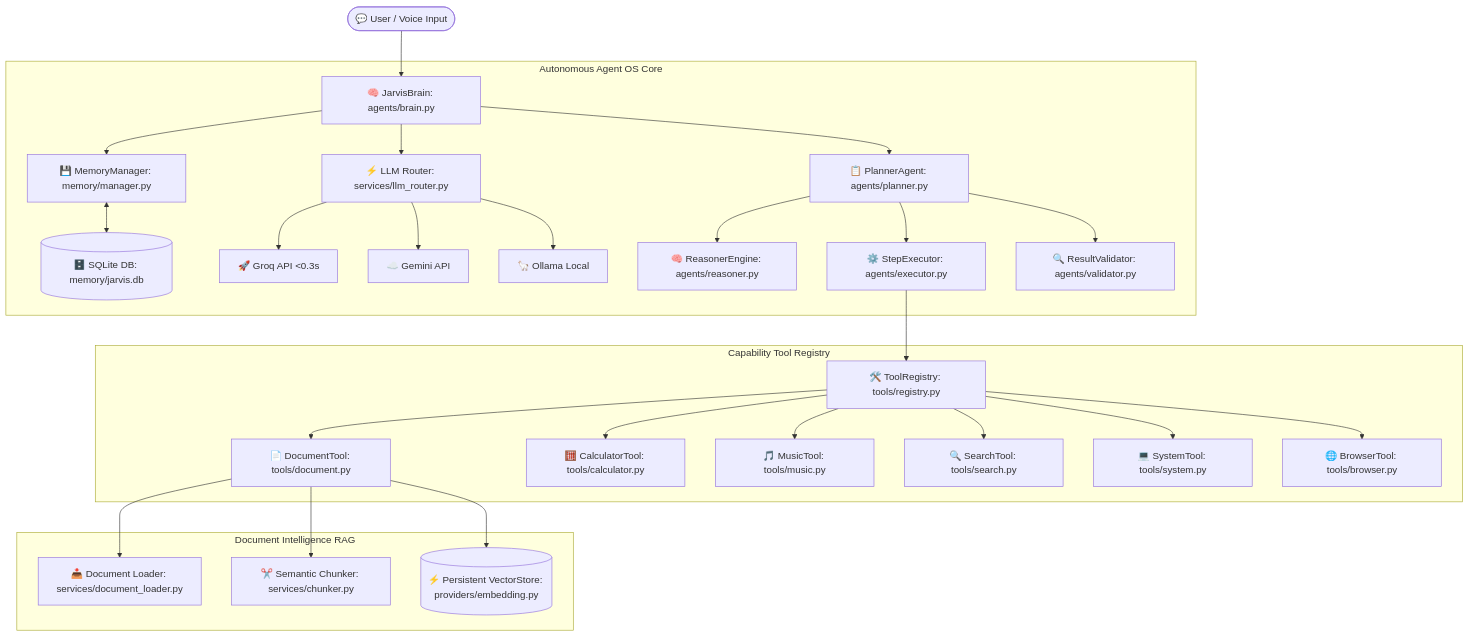
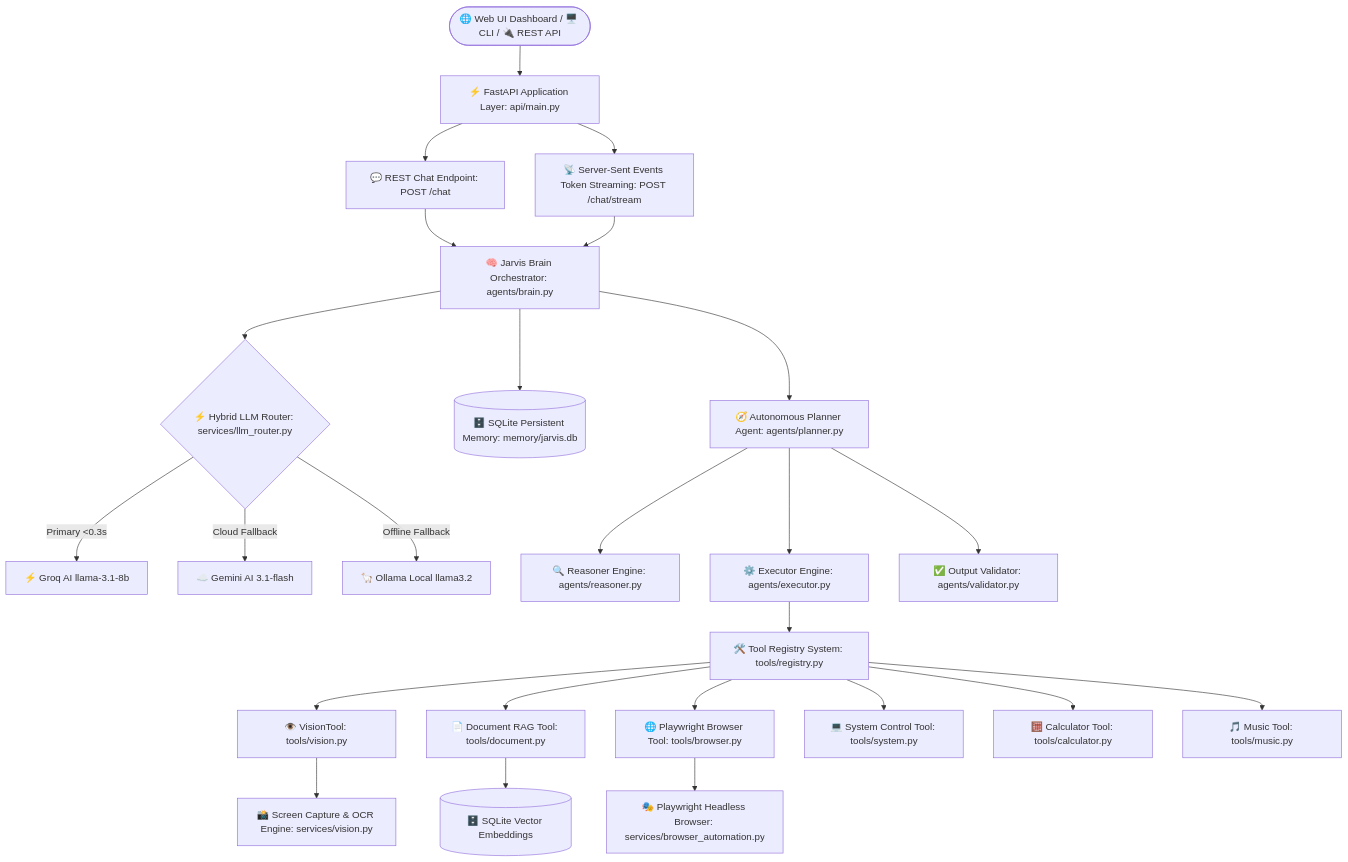
The diagram in README.md (sejalpatel9875-del/Jarvis-AI), drawn with Mermaid before and after one commit. The commit also changed other lines of this file, not shown here.

Commit message:
Jarvis v1.7.0: Redesigned README.md with production architecture, benchmarks & roadmap

````diff
--- a/README.md
+++ b/README.md
@@ -14,35 +16,35 @@
 ```mermaid
 graph TD
-    User([💬 User / Voice Input]) --> Brain[🧠 JarvisBrain: agents/brain.py]
+    UserClient([🌐 Web UI Dashboard / 🖥️ CLI / 🔌 REST API]) --> APILayer[⚡ FastAPI Application Layer: api/main.py]
     
-    subgraph Autonomous Agent OS Core
-        Brain --> Memory[💾 MemoryManager: memory/manager.py]
-        Memory <--> SQLite[(🗄️ SQLite DB: memory/jarvis.db)]
-        
-        Brain --> Router[⚡ LLM Router: services/llm_router.py]
-        Router --> Groq[🚀 Groq API <0.3s]
-        Router --> Gemini[☁️ Gemini API]
-        Router --> Ollama[🦙 Ollama Local]
-
-        Brain --> Planner[📋 PlannerAgent: agents/planner.py]
-        Planner --> Reasoner[🧠 ReasonerEngine: agents/reasoner.py]
-        Planner --> Executor[⚙️ StepExecutor: agents/executor.py]
-        Planner --> Validator[🔍 ResultValidator: agents/validator.py]
-    end
-
-    subgraph Capability Tool Registry
-        Executor --> ToolReg[🛠️ ToolRegistry: tools/registry.py]
-        ToolReg --> DocumentTool[📄 DocumentTool: tools/document.py]
-        ToolReg --> CalcTool[🧮 CalculatorTool: tools/calculator.py]
-        ToolReg --> MusicTool[🎵 MusicTool: tools/music.py]
-        ToolReg --> SearchTool[🔍 SearchTool: tools/search.py]
-        ToolReg --> SystemTool[💻 SystemTool: tools/system.py]
-        ToolReg --> BrowserTool[🌐 BrowserTool: tools/browser.py]
-    end
-
-    subgraph Document Intelligence RAG
-        DocumentTool --> Loader[📥 Document Loader: services/document_loader.py]
-        DocumentTool --> Chunker[✂️ Semantic Chunker: services/chunker.py]
-        DocumentTool --> VectorStore[(⚡ Persistent VectorStore: providers/embedding.py)]
-    end
+    APILayer --> SSE[📡 Server-Sent Events Token Streaming: POST /chat/stream]
+    APILayer --> Rest[💬 REST Chat Endpoint: POST /chat]
+    
+    Rest --> Brain[🧠 Jarvis Brain Orchestrator: agents/brain.py]
+    SSE --> Brain
+    
+    Brain --> Router{⚡ Hybrid LLM Router: services/llm_router.py}
+    Router -->|Primary <0.3s| Groq[⚡ Groq AI llama-3.1-8b]
+    Router -->|Cloud Fallback| Gemini[☁️ Gemini AI 3.1-flash]
+    Router -->|Offline Fallback| Ollama[🦙 Ollama Local llama3.2]
+    
+    Brain --> Memory[(🗄️ SQLite Persistent Memory: memory/jarvis.db)]
+    Brain --> Planner[🧭 Autonomous Planner Agent: agents/planner.py]
+    
+    Planner --> Reasoner[🔍 Reasoner Engine: agents/reasoner.py]
+    Planner --> Executor[⚙️ Executor Engine: agents/executor.py]
+    Planner --> Validator[✅ Output Validator: agents/validator.py]
+    
+    Executor --> Registry[🛠️ Tool Registry System: tools/registry.py]
+    
+    Registry --> VisionTool[👁️ VisionTool: tools/vision.py]
+    Registry --> DocTool[📄 Document RAG Tool: tools/document.py]
+    Registry --> BrowserTool[🌐 Playwright Browser Tool: tools/browser.py]
+    Registry --> SystemTool[💻 System Control Tool: tools/system.py]
+    Registry --> CalcTool[🧮 Calculator Tool: tools/calculator.py]
+    Registry --> MusicTool[🎵 Music Tool: tools/music.py]
+    
+    VisionTool --> VisionService[📸 Screen Capture & OCR Engine: services/vision.py]
+    DocTool --> VectorStore[(🗄️ SQLite Vector Embeddings)]
+    BrowserTool --> Playwright[🎭 Playwright Headless Browser: services/browser_automation.py]
 ```
````
